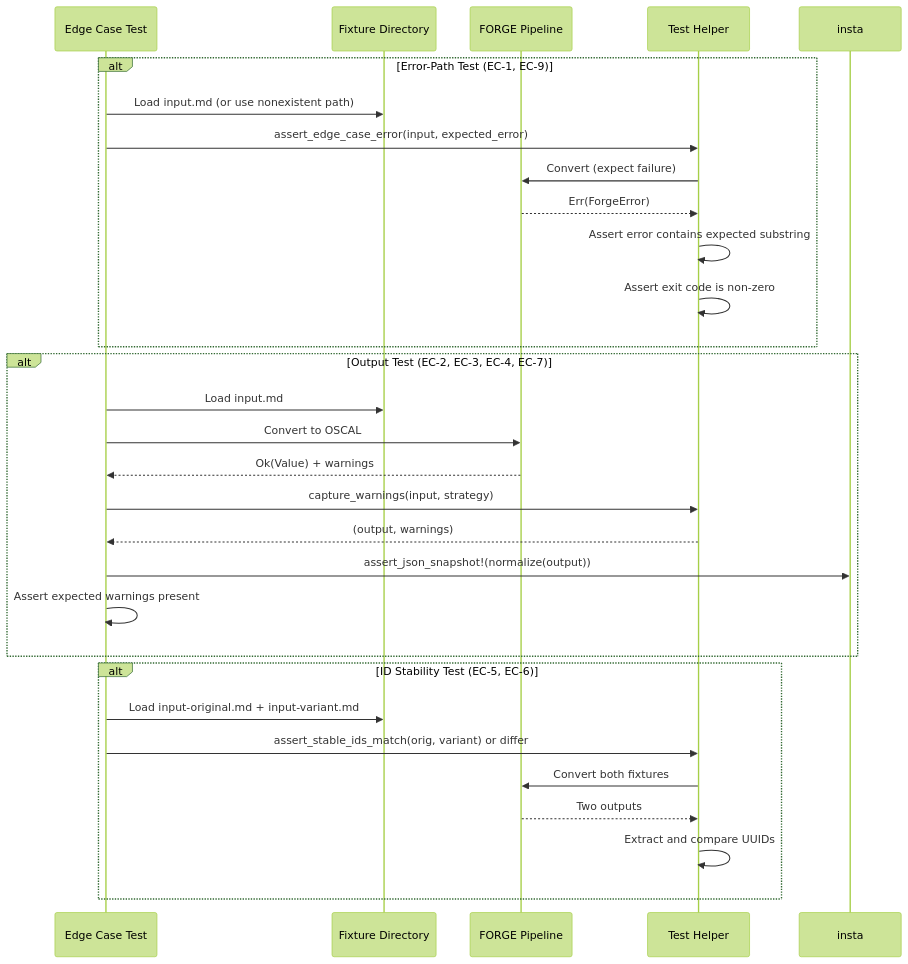
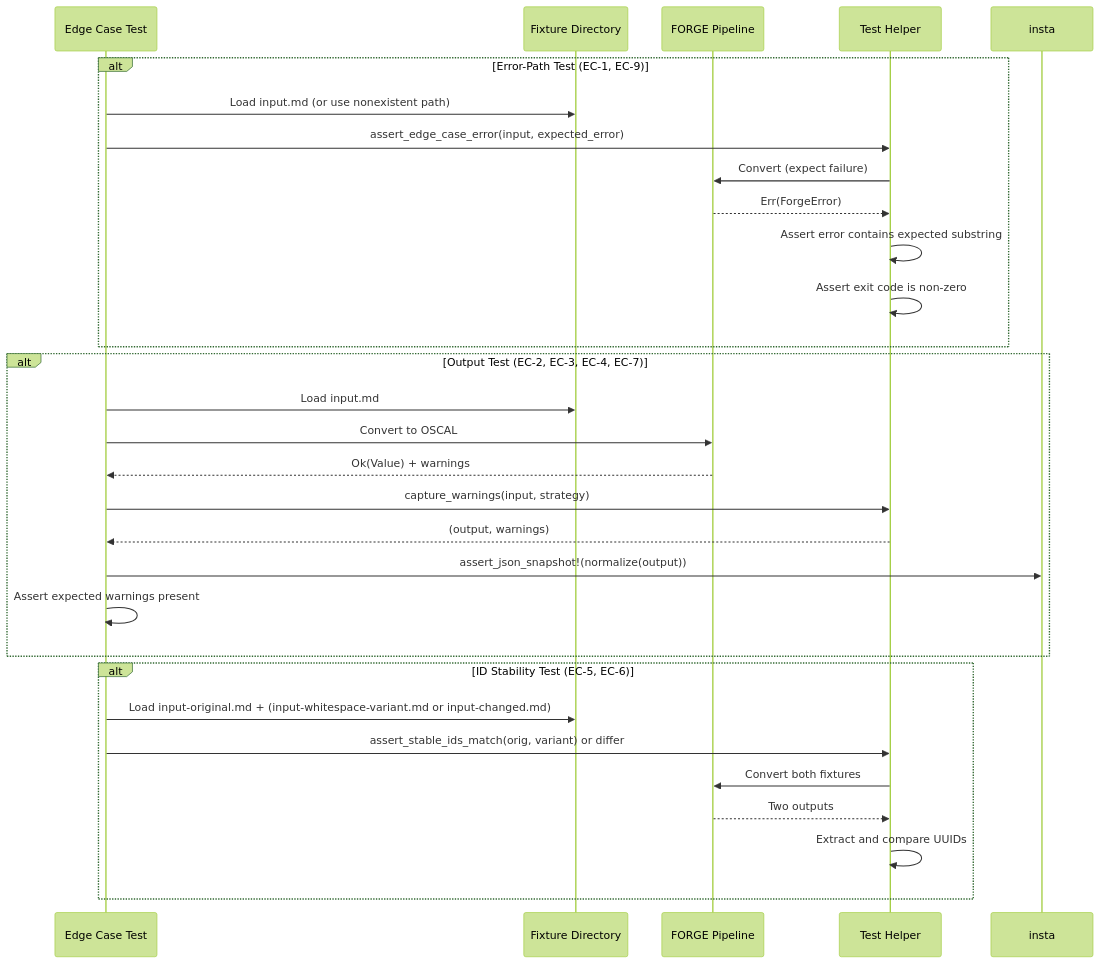
Before and after one commit to policy-forge/forge: the sixth of 6 diagrams in docs/AR/022-ar-golden-file-edge-cases.md, drawn with Mermaid (forest theme). The commit also changed other lines of this file and 50 other files, not shown here.

````diff
--- a/docs/AR/022-ar-golden-file-edge-cases.md
+++ b/docs/AR/022-ar-golden-file-edge-cases.md
@@ -330,35 +334,35 @@
 ```mermaid
 sequenceDiagram
     participant T as Edge Case Test
     participant F as Fixture Directory
     participant P as FORGE Pipeline
     participant H as Test Helper
     participant I as insta
 
     alt Error-Path Test (EC-1, EC-9)
         T->>F: Load input.md (or use nonexistent path)
         T->>H: assert_edge_case_error(input, expected_error)
         H->>P: Convert (expect failure)
         P-->>H: Err(ForgeError)
         H->>H: Assert error contains expected substring
         H->>H: Assert exit code is non-zero
     end
 
     alt Output Test (EC-2, EC-3, EC-4, EC-7)
         T->>F: Load input.md
         T->>P: Convert to OSCAL
         P-->>T: Ok(Value) + warnings
         T->>H: capture_warnings(input, strategy)
         H-->>T: (output, warnings)
         T->>I: assert_json_snapshot!(normalize(output))
         T->>T: Assert expected warnings present
     end
 
     alt ID Stability Test (EC-5, EC-6)
-        T->>F: Load input-original.md + input-variant.md
+        T->>F: Load input-original.md + (input-whitespace-variant.md or input-changed.md)
         T->>H: assert_stable_ids_match(orig, variant) or differ
         H->>P: Convert both fixtures
         P-->>H: Two outputs
         H->>H: Extract and compare UUIDs
     end
 ```
````
